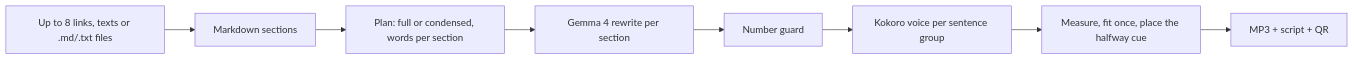
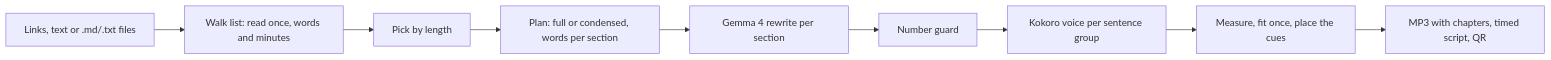
Before and after one commit to nazboyko/tabs-to-trails: the diagram in README.md, drawn with Mermaid. The commit also changed other lines of this file and 7 other files, not shown here.

Commit message:
describe the walk list in the readme and on the project page

````diff
--- a/README.md
+++ b/README.md
@@ -34,10 +46,11 @@
 ```mermaid
 flowchart LR
-  A[Up to 8 links, texts or .md/.txt files] --> B[Markdown sections]
-  B --> C[Plan: full or condensed, words per section]
+  A[Links, text or .md/.txt files] --> L[Walk list: read once, words and minutes]
+  L --> P[Pick by length]
+  P --> C[Plan: full or condensed, words per section]
   C --> D[Gemma 4 rewrite per section]
   D --> E[Number guard]
   E --> F[Kokoro voice per sentence group]
-  F --> G[Measure, fit once, place the halfway cue]
-  G --> H[MP3 + script + QR]
+  F --> G[Measure, fit once, place the cues]
+  G --> H[MP3 with chapters, timed script, QR]
 ```
````
